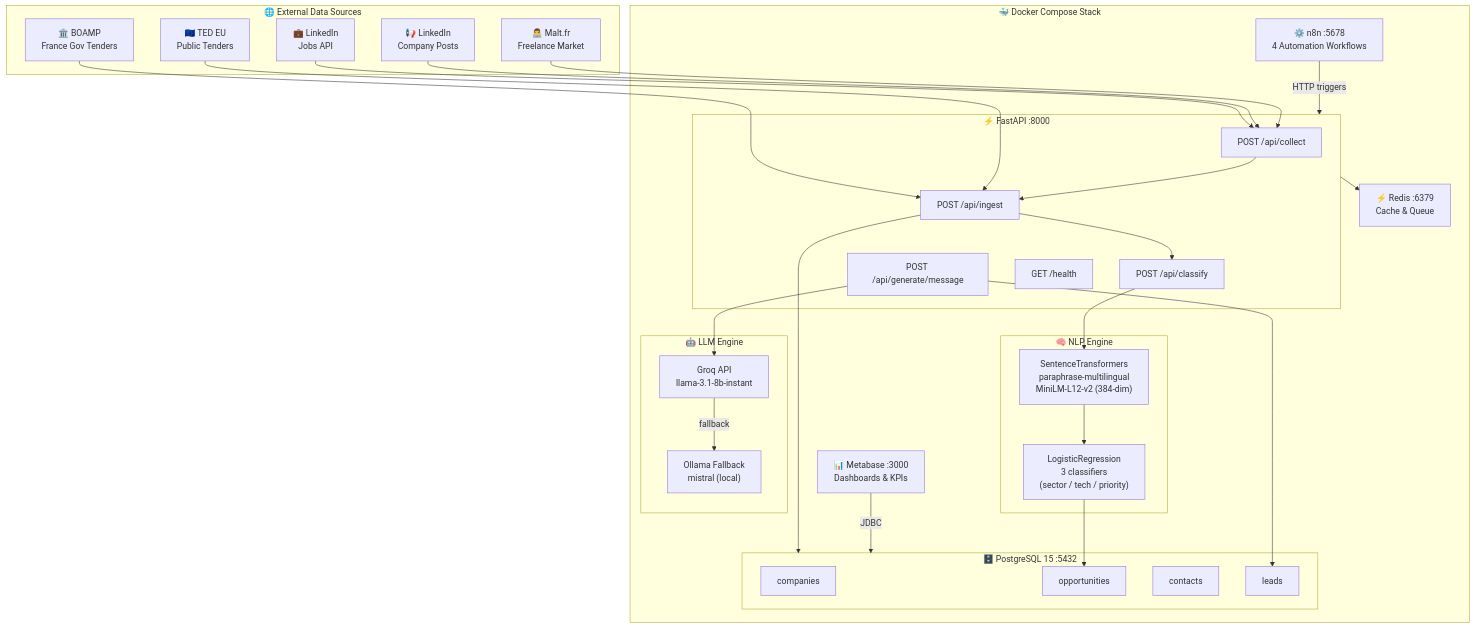
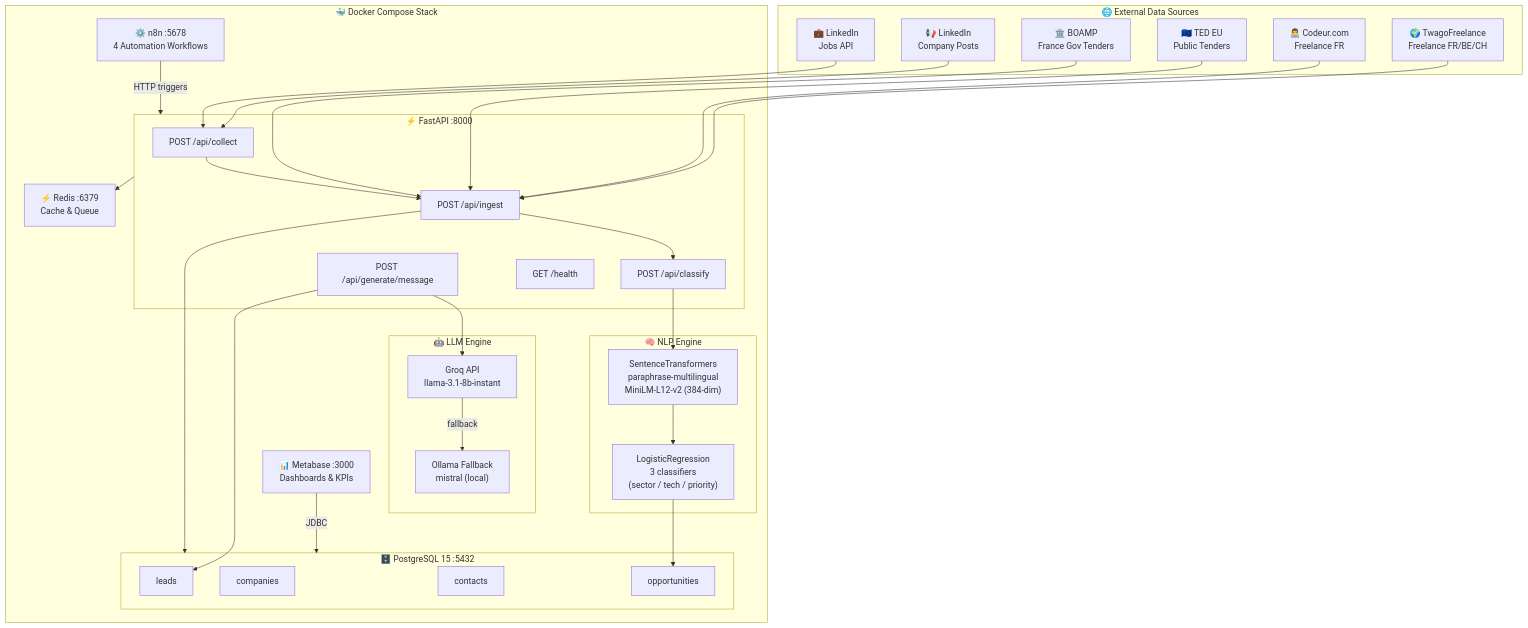
Before and after one commit to MALEKferjanii/LeadGen: the first of 8 diagrams in leadgen360/README.md, drawn with Mermaid. The commit also changed other lines of this file and 14 other files, not shown here.

````diff
--- a/leadgen360/README.md
+++ b/leadgen360/README.md
@@ -70,59 +70,61 @@
 ```mermaid
 graph TB
     subgraph EXTERNAL["🌐 External Data Sources"]
         LI["💼 LinkedIn\nJobs API"]
         LIB["📢 LinkedIn\nCompany Posts"]
         BOAMP["🏛️ BOAMP\nFrance Gov Tenders"]
         TED["🇪🇺 TED EU\nPublic Tenders"]
-        MALT["👨‍💻 Malt.fr\nFreelance Market"]
+        CODEUR["👨‍💻 Codeur.com\nFreelance FR"]
+        TWAGO["🌍 TwagoFreelance\nFreelance FR/BE/CH"]
     end
 
     subgraph DOCKER["🐳 Docker Compose Stack"]
         subgraph API["⚡ FastAPI :8000"]
             COLLECT["POST /api/collect"]
             INGEST["POST /api/ingest"]
             CLASSIFY["POST /api/classify"]
             GENERATE["POST /api/generate/message"]
             HEALTH["GET /health"]
         end
 
         subgraph NLP["🧠 NLP Engine"]
             EMB["SentenceTransformers\nparaphrase-multilingual\nMiniLM-L12-v2 (384-dim)"]
             LR["LogisticRegression\n3 classifiers\n(sector / tech / priority)"]
         end
 
         subgraph LLM["🤖 LLM Engine"]
             GROQ["Groq API\nllama-3.1-8b-instant"]
             OLLAMA["Ollama Fallback\nmistral (local)"]
         end
 
         subgraph DB["🗄️ PostgreSQL 15 :5432"]
             COMP["companies"]
             OPP["opportunities"]
             CONT["contacts"]
             LEAD["leads"]
         end
 
         N8N["⚙️ n8n :5678\n4 Automation Workflows"]
         META["📊 Metabase :3000\nDashboards & KPIs"]
         REDIS["⚡ Redis :6379\nCache & Queue"]
     end
 
     LI --> COLLECT
     LIB --> COLLECT
     BOAMP --> INGEST
     TED --> INGEST
-    MALT --> COLLECT
+    CODEUR --> INGEST
+    TWAGO --> INGEST
 
     COLLECT --> INGEST
     INGEST --> DB
     INGEST --> CLASSIFY
     CLASSIFY --> EMB --> LR --> OPP
     GENERATE --> GROQ
     GROQ -->|"fallback"| OLLAMA
     GENERATE --> LEAD
 
     N8N -->|"HTTP triggers"| API
     META -->|"JDBC"| DB
     API --> REDIS
 ```
````
